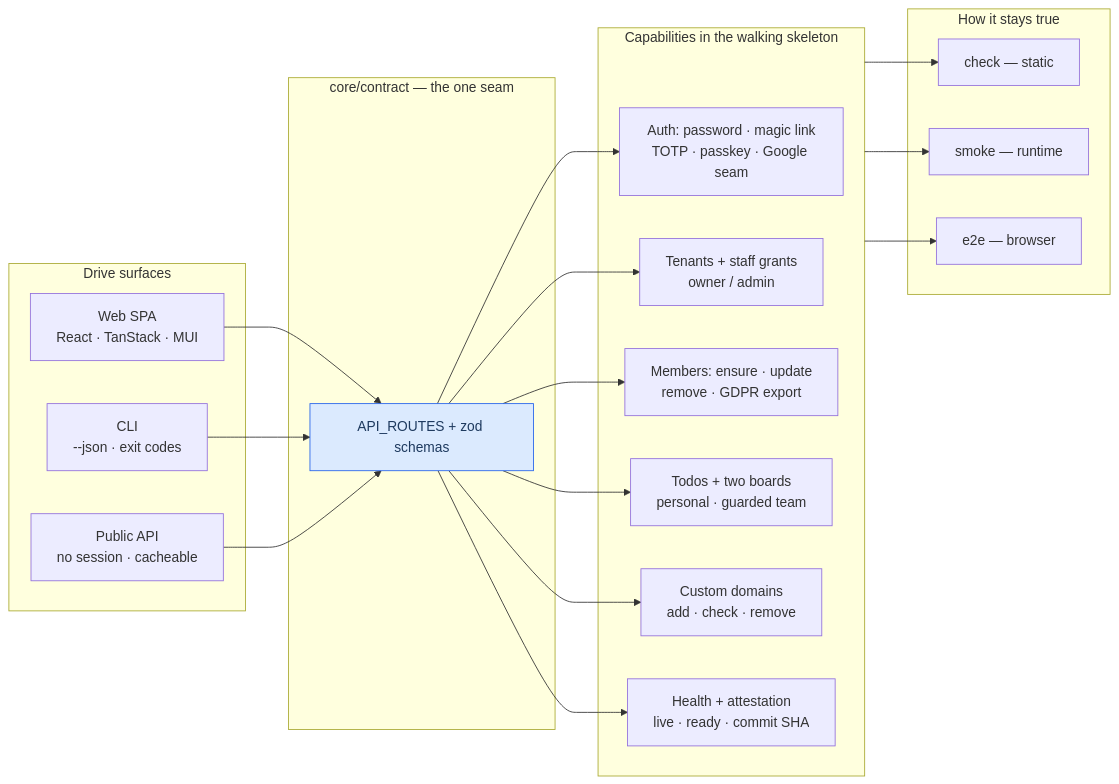
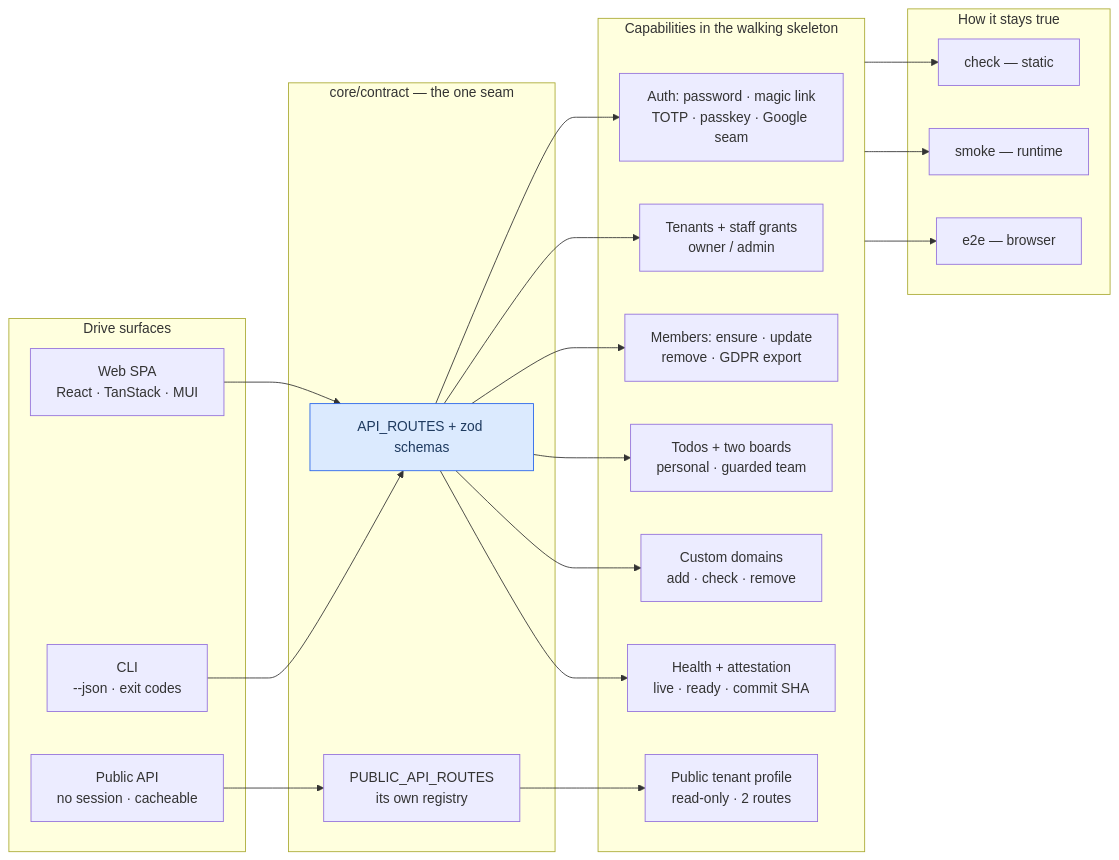
One commit to chomamateusz/agentproofarch changed the diagram in website/docs/start/landing.md. Above: the diagram before and after it, drawn with Mermaid. The commit also changed other lines of this file and 32 other files, not shown here.

````diff
--- a/website/docs/start/landing.md
+++ b/website/docs/start/landing.md
@@ -71,44 +104,47 @@
 ```mermaid
 graph LR
   subgraph surfaces["Drive surfaces"]
     web["Web SPA<br/>React · TanStack · MUI"]
     cli["CLI<br/>--json · exit codes"]
     pub["Public API<br/>no session · cacheable"]
   end
 
   subgraph seam["core/contract — the one seam"]
     routes["API_ROUTES + zod schemas"]
+    publicRoutes["PUBLIC_API_ROUTES<br/>its own registry"]
   end
 
   subgraph caps["Capabilities in the walking skeleton"]
     auth["Auth: password · magic link<br/>TOTP · passkey · Google seam"]
     tenants["Tenants + staff grants<br/>owner / admin"]
     members["Members: ensure · update<br/>remove · GDPR export"]
     work["Todos + two boards<br/>personal · guarded team"]
     domains["Custom domains<br/>add · check · remove"]
     health["Health + attestation<br/>live · ready · commit SHA"]
+    profile["Public tenant profile<br/>read-only · 2 routes"]
   end
 
   subgraph gates["How it stays true"]
     check["check — static"]
     smoke["smoke — runtime"]
     e2e["e2e — browser"]
   end
 
   web --> routes
   cli --> routes
-  pub --> routes
+  pub --> publicRoutes
   routes --> auth
   routes --> tenants
   routes --> members
   routes --> work
   routes --> domains
   routes --> health
+  publicRoutes --> profile
 
   caps --> check
   caps --> smoke
   caps --> e2e
 
   classDef highlight fill:#dbeafe,stroke:#2563eb,color:#1e3a5f;
   class routes highlight;
 ```
````
